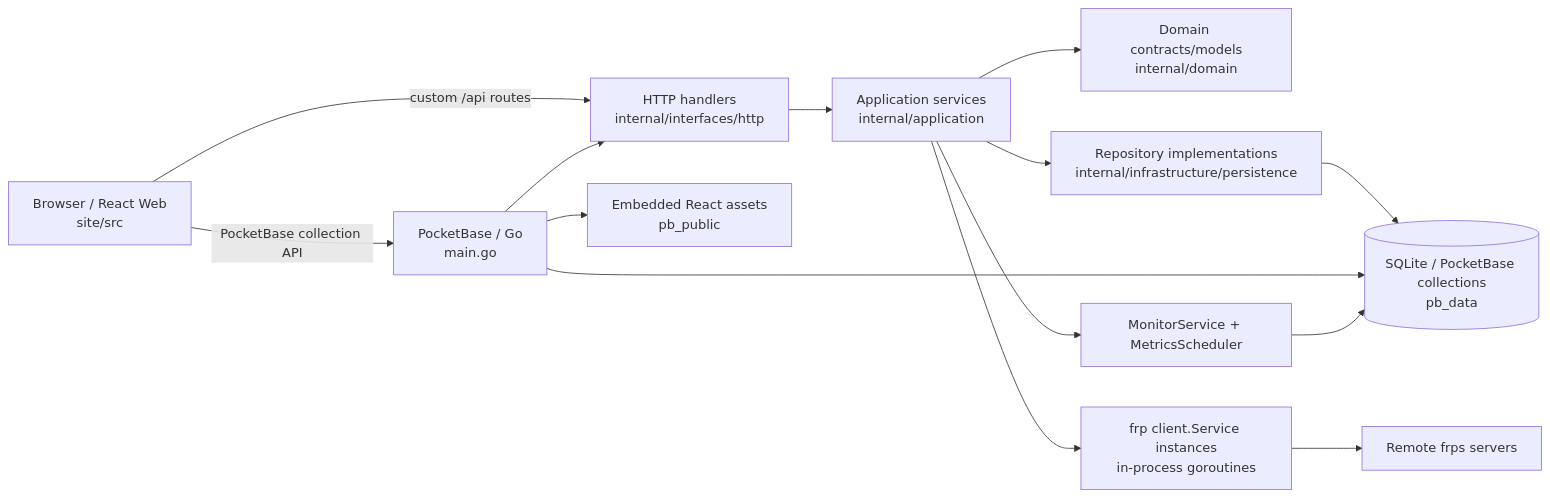
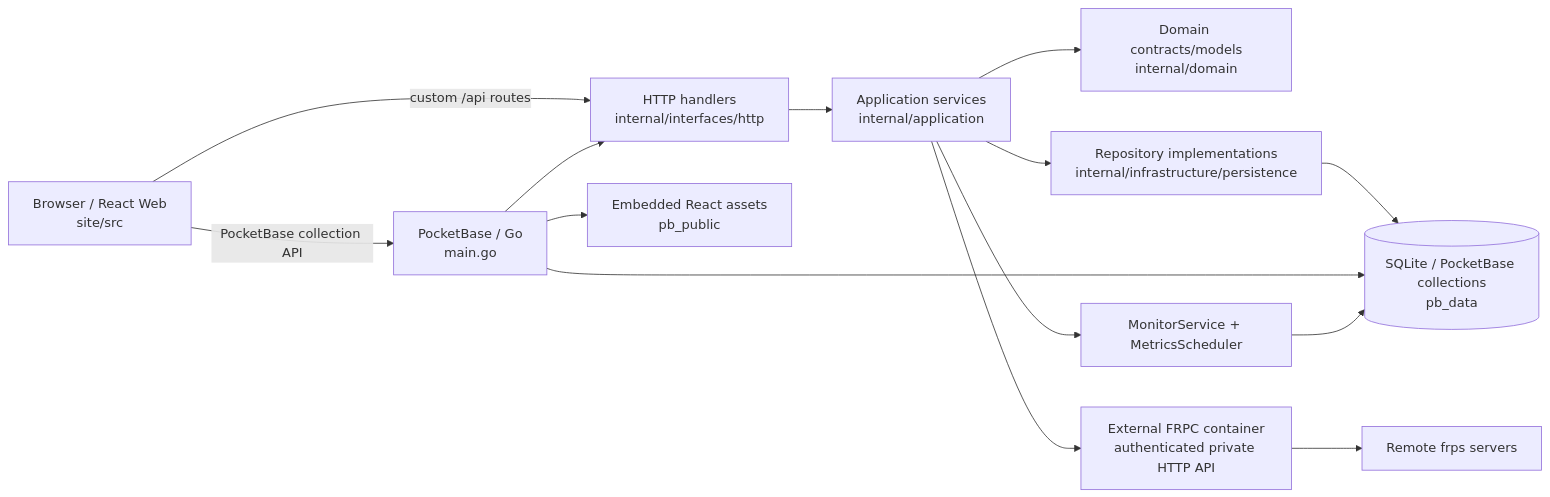
The first of 3 diagrams in development/architecture.md (vitalyor/podux), drawn with Mermaid before and after one commit. The commit also changed other lines of this file and 69 other files, not shown here.

Commit message:
feat: publish localized Podux with external FRPC packages

````diff
--- a/development/architecture.md
+++ b/development/architecture.md
@@ -7,16 +7,16 @@
 ```mermaid
 flowchart LR
   B[Browser / React Web<br/>site/src] -->|PocketBase collection API| PB[PocketBase / Go<br/>main.go]
   B -->|custom /api routes| H[HTTP handlers<br/>internal/interfaces/http]
   H --> A[Application services<br/>internal/application]
   PB --> H
   A --> D[Domain contracts/models<br/>internal/domain]
   A --> R[Repository implementations<br/>internal/infrastructure/persistence]
   R --> DB[(SQLite / PocketBase collections<br/>pb_data)]
   PB --> DB
-  A --> F[frp client.Service instances<br/>in-process goroutines]
+  A --> F[External FRPC container<br/>authenticated private HTTP API]
   F --> FRPS[Remote frps servers]
   A --> M[MonitorService + MetricsScheduler]
   M --> DB
   PB --> E[Embedded React assets<br/>pb_public]
 ```
````
